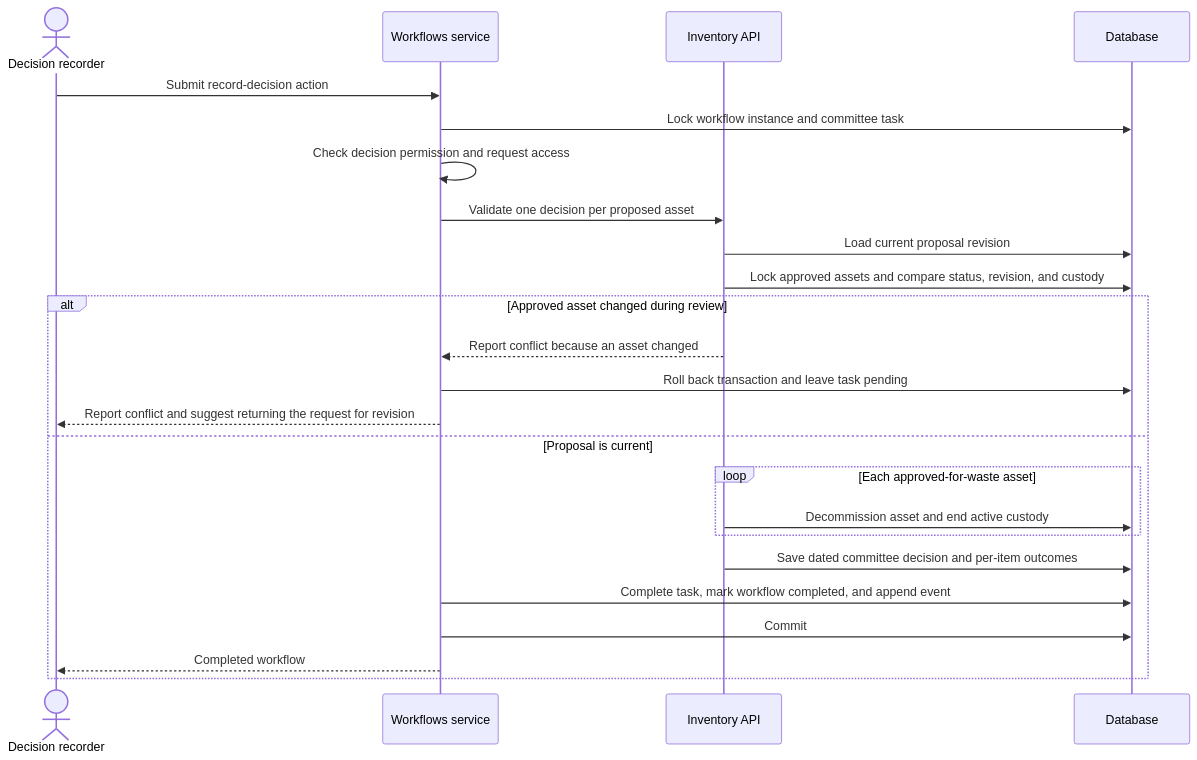
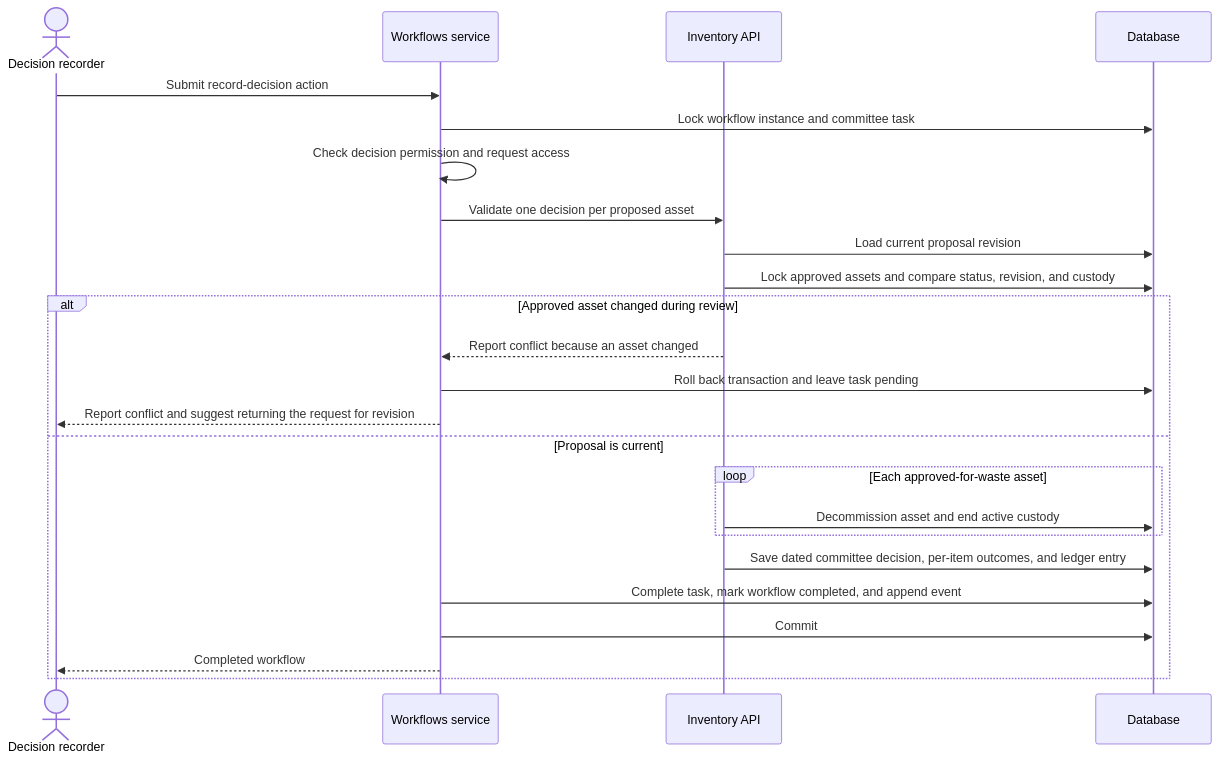
One commit to suhelhammoud/faculty.management.system changed the third of 3 diagrams in docs/modules/workflows/inventory-removal.md. Above: the diagram before and after it, drawn with Mermaid. The commit also changed other lines of this file and 49 other files, not shown here.

````diff
--- a/docs/modules/workflows/inventory-removal.md
+++ b/docs/modules/workflows/inventory-removal.md
@@ -74,27 +92,27 @@
 ```mermaid
 sequenceDiagram
     actor Recorder as Decision recorder
     participant WF as Workflows service
     participant API as Inventory API
     participant DB as Database
 
     Recorder->>WF: Submit record-decision action
     WF->>DB: Lock workflow instance and committee task
     WF->>WF: Check decision permission and request access
     WF->>API: Validate one decision per proposed asset
     API->>DB: Load current proposal revision
     API->>DB: Lock approved assets and compare status, revision, and custody
     alt Approved asset changed during review
         API-->>WF: Report conflict because an asset changed
         WF->>DB: Roll back transaction and leave task pending
         WF-->>Recorder: Report conflict and suggest returning the request for revision
     else Proposal is current
         loop Each approved-for-waste asset
             API->>DB: Decommission asset and end active custody
         end
-        API->>DB: Save dated committee decision and per-item outcomes
+        API->>DB: Save dated committee decision, per-item outcomes, and ledger entry
         WF->>DB: Complete task, mark workflow completed, and append event
         WF->>DB: Commit
         WF-->>Recorder: Completed workflow
     end
 ```
````
